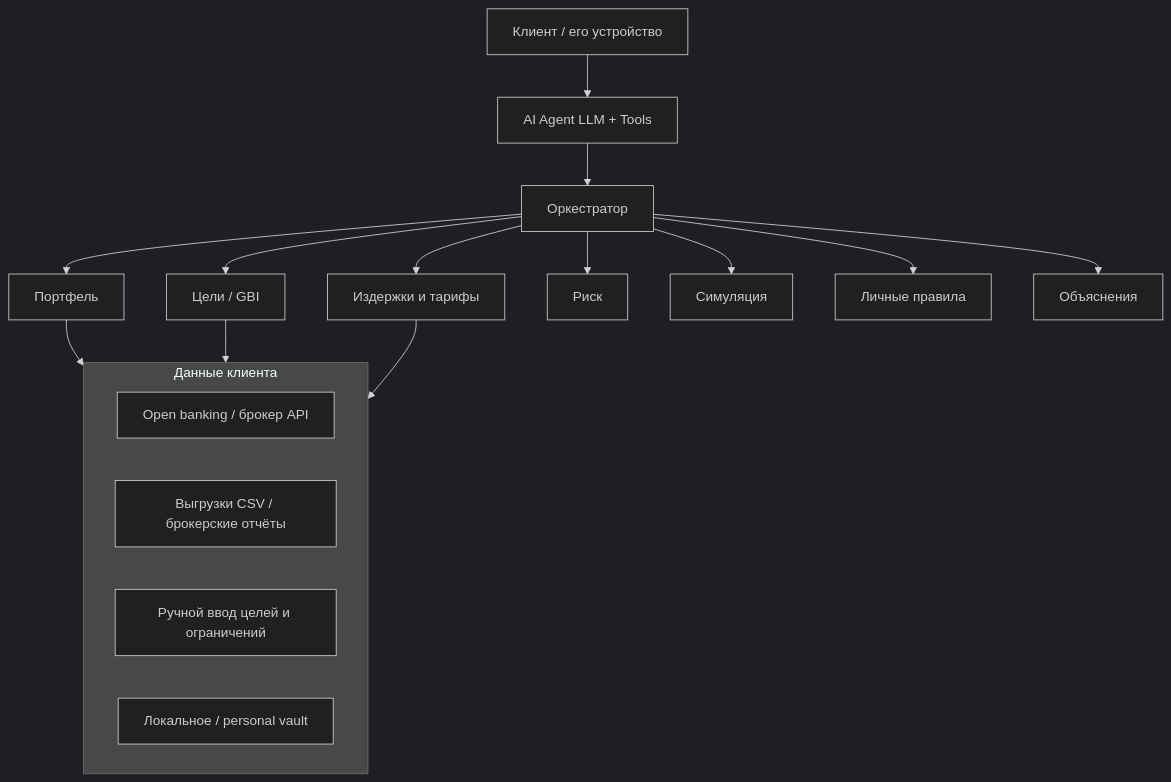
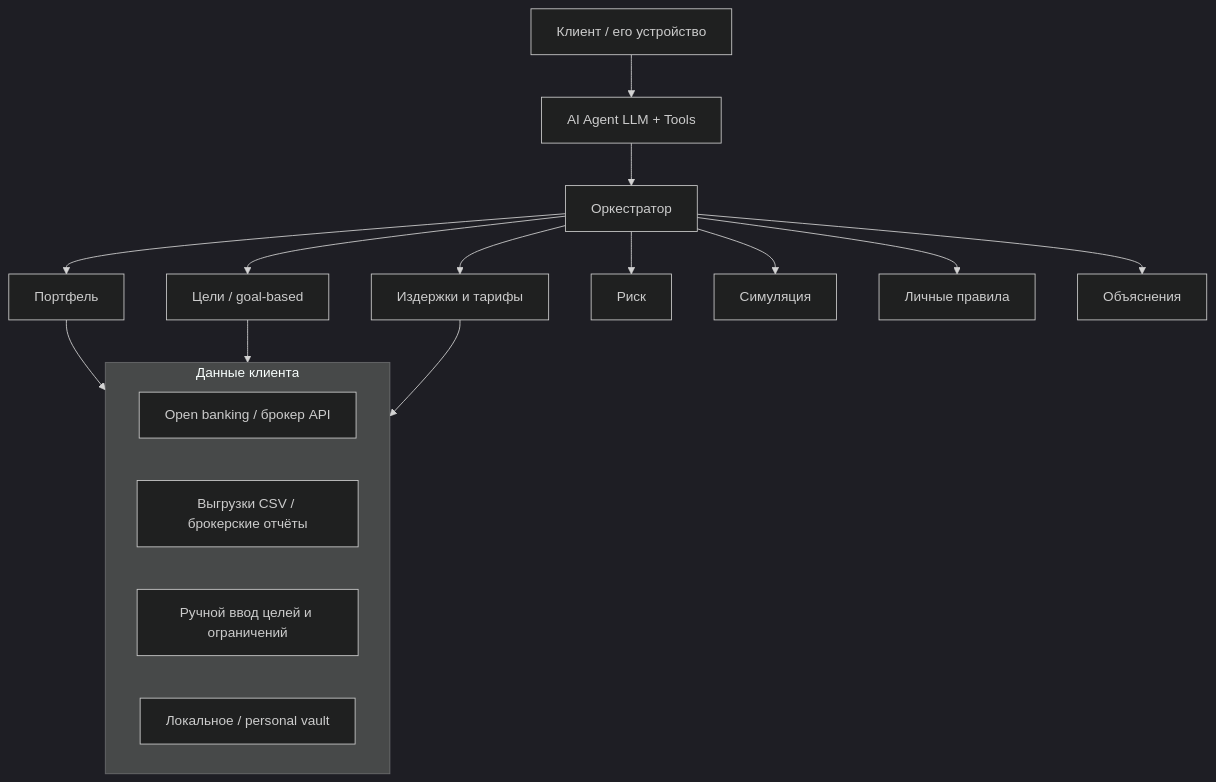
Before and after one commit to evgeniy-borisov/vairl: the second of 2 diagrams in publications/public/2026-07-13-banking-investor-ai-agent-ru.md, drawn with Mermaid (dark theme). The commit also changed other lines of this file and 1 other file, not shown here.

````diff
--- a/publications/public/2026-07-13-banking-investor-ai-agent-ru.md
+++ b/publications/public/2026-07-13-banking-investor-ai-agent-ru.md
@@ -290,26 +290,26 @@
 ```mermaid
 flowchart TB
     User["Клиент / его устройство"]
     Agent["AI Agent LLM + Tools"]
     Orch["Оркестратор"]
 
     Portfolio["Портфель"]
-    Goals["Цели / GBI"]
+    Goals["Цели / goal-based"]
     Cost["Издержки и тарифы"]
     Risk["Риск"]
     Sim["Симуляция"]
     Policy["Личные правила"]
     Comm["Объяснения"]
 
     User --> Agent --> Orch
     Orch --> Portfolio & Goals & Cost & Risk & Sim & Policy & Comm
 
     subgraph Data ["Данные клиента"]
         OB["Open banking / брокер API"]
         Files["Выгрузки CSV / брокерские отчёты"]
         Manual["Ручной ввод целей и ограничений"]
         Local["Локальное / personal vault"]
     end
 
     Portfolio & Goals & Cost --> Data
 ```
````
